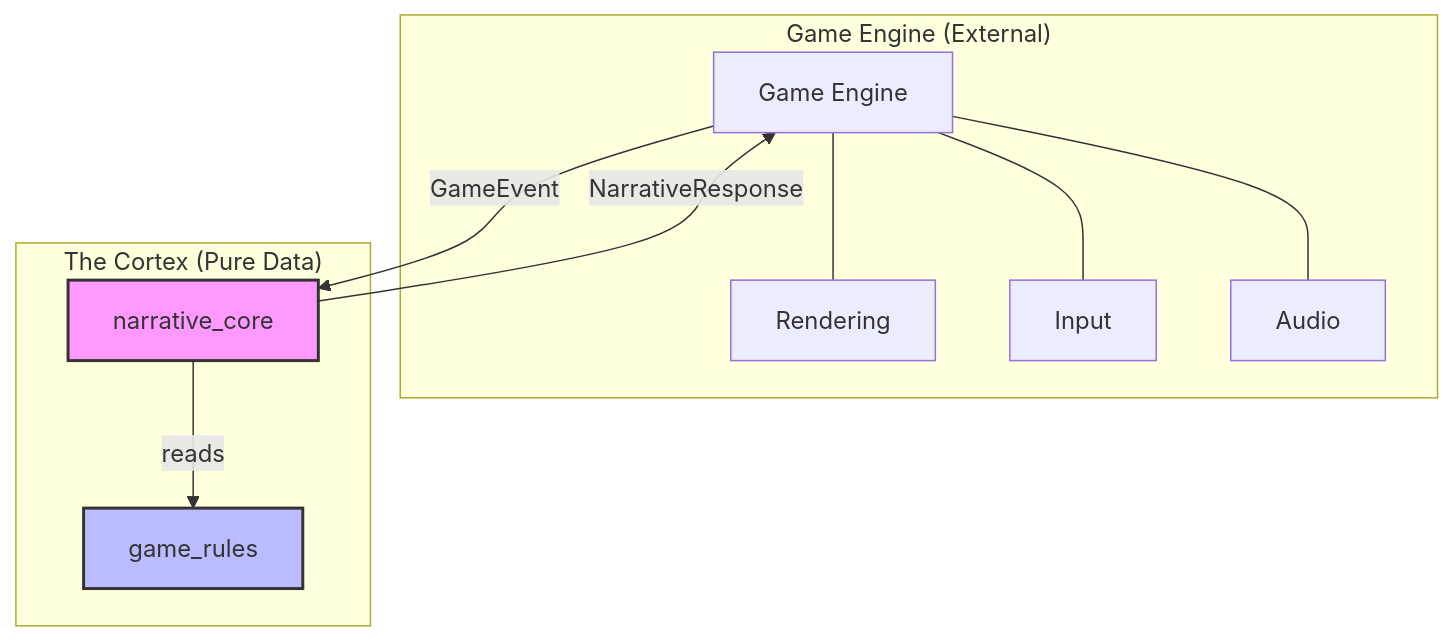
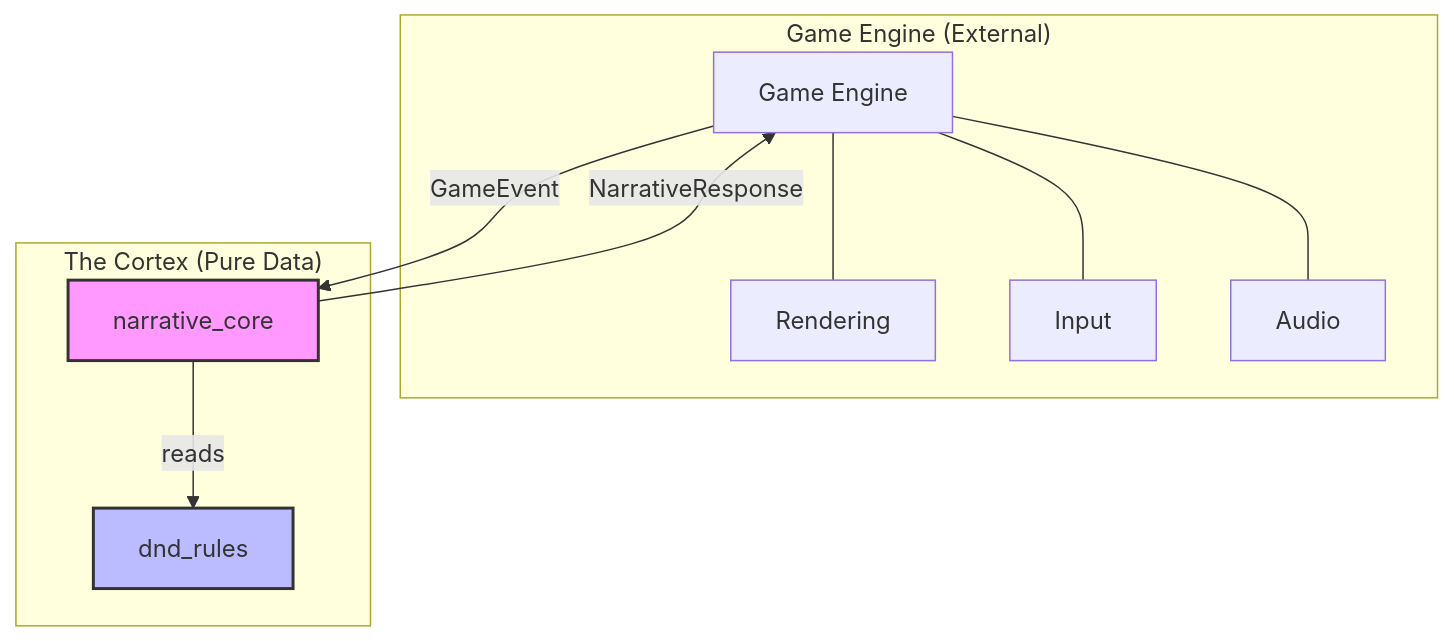
The first of 9 diagrams in ARCHITECTURE.md (konard/uselessgoddess-cortex), drawn with Mermaid before and after one commit. The commit also changed other lines of this file and 18 other files, not shown here.

First line of the commit message:
Remove code implementation, focus on architectural planning

````diff
--- a/ARCHITECTURE.md
+++ b/ARCHITECTURE.md
@@ -96,25 +110,25 @@
 ```mermaid
 graph TB
     subgraph "Game Engine (External)"
         GE[Game Engine]
         RENDER[Rendering]
         INPUT[Input]
         AUDIO[Audio]
     end
 
     subgraph "The Cortex (Pure Data)"
-        GR[game_rules]
+        GR[dnd_rules]
         NC[narrative_core]
     end
 
     GE -->|GameEvent| NC
     NC -->|NarrativeResponse| GE
     NC -->|reads| GR
 
     GE --- RENDER
     GE --- INPUT
     GE --- AUDIO
 
     style NC fill:#f9f,stroke:#333,stroke-width:2px
     style GR fill:#bbf,stroke:#333,stroke-width:2px
 ```
````
